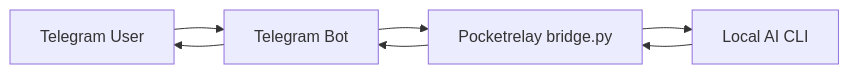
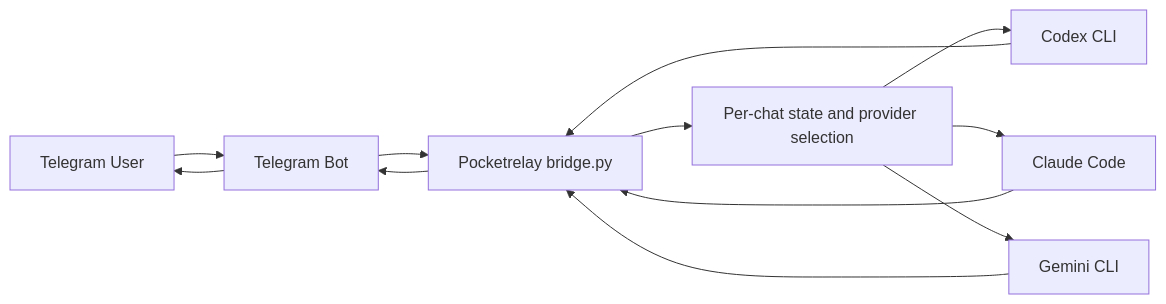
Before and after one commit to Hiroki-Nagao/pocketrelay: the diagram in README.md, drawn with Mermaid. The commit also changed other lines of this file and 1 other file, not shown here.

Commit message:
Add chat-level provider switching

````diff
--- a/README.md
+++ b/README.md
@@ -55,9 +57,14 @@
 ```mermaid
 flowchart LR
     U[Telegram User] --> B[Telegram Bot]
     B --> P[Pocketrelay bridge.py]
-    P --> C[Local AI CLI]
-    C --> P
+    P --> S[Per-chat state and provider selection]
+    S --> C1[Codex CLI]
+    S --> C2[Claude Code]
+    S --> C3[Gemini CLI]
+    C1 --> P
+    C2 --> P
+    C3 --> P
     P --> B
     B --> U
 ```
````
